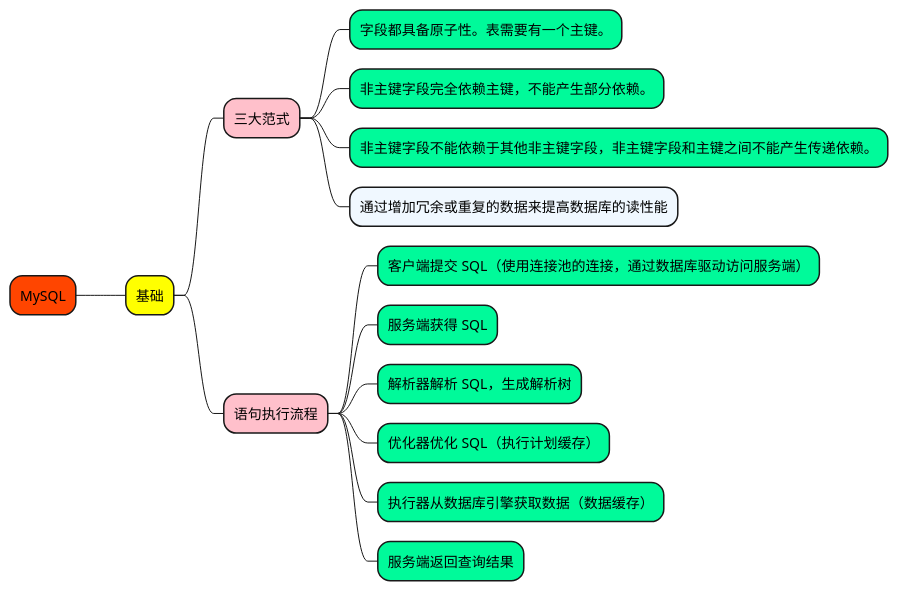
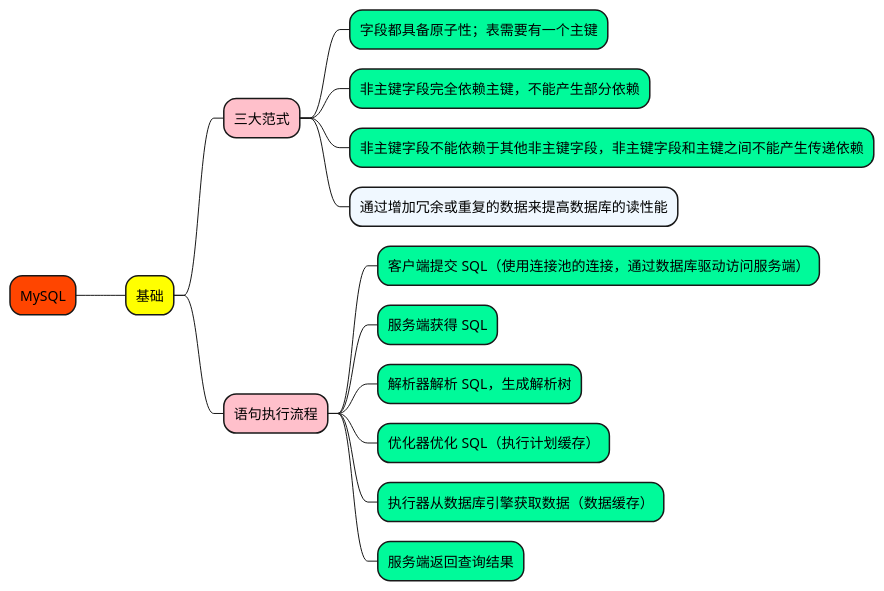
Before and after one commit to doveg/self-cultivation-of-a-software-engineer: the diagram in 1_map/database/MySQL-基础.puml, drawn with PlantUML. The commit also changed 6 other files, not shown here.

```diff
--- a/1_map/database/MySQL-基础.puml
+++ b/1_map/database/MySQL-基础.puml
@@ -1,23 +1,23 @@
 @startmindmap
 
 +[#OrangeRed] MySQL
 
 ++[#yellow] 基础
 
 +++[#Pink] 三大范式
-++++[#MediumSpringGreen] 字段都具备原子性。表需要有一个主键。
-++++[#MediumSpringGreen] 非主键字段完全依赖主键，不能产生部分依赖。
-++++[#MediumSpringGreen] 非主键字段不能依赖于其他非主键字段，非主键字段和主键之间不能产生传递依赖。
+++++[#MediumSpringGreen] 字段都具备原子性；表需要有一个主键
+++++[#MediumSpringGreen] 非主键字段完全依赖主键，不能产生部分依赖
+++++[#MediumSpringGreen] 非主键字段不能依赖于其他非主键字段，非主键字段和主键之间不能产生传递依赖
 ++++[#AliceBlue] 通过增加冗余或重复的数据来提高数据库的读性能
 
 +++[#Pink] 语句执行流程
 
 ++++[#MediumSpringGreen] 客户端提交 SQL（使用连接池的连接，通过数据库驱动访问服务端）
 ++++[#MediumSpringGreen] 服务端获得 SQL
 ++++[#MediumSpringGreen] 解析器解析 SQL，生成解析树
 ++++[#MediumSpringGreen] 优化器优化 SQL（执行计划缓存）
 ++++[#MediumSpringGreen] 执行器从数据库引擎获取数据（数据缓存）
 ++++[#MediumSpringGreen] 服务端返回查询结果
 
 
 @endmindmap
```
